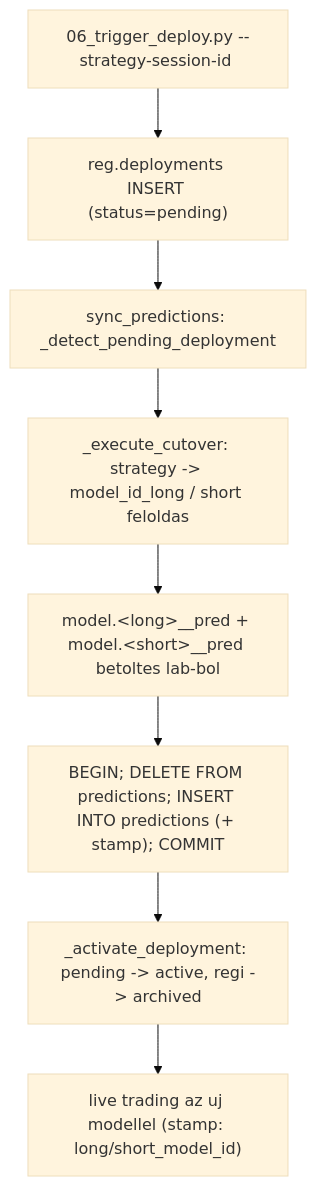
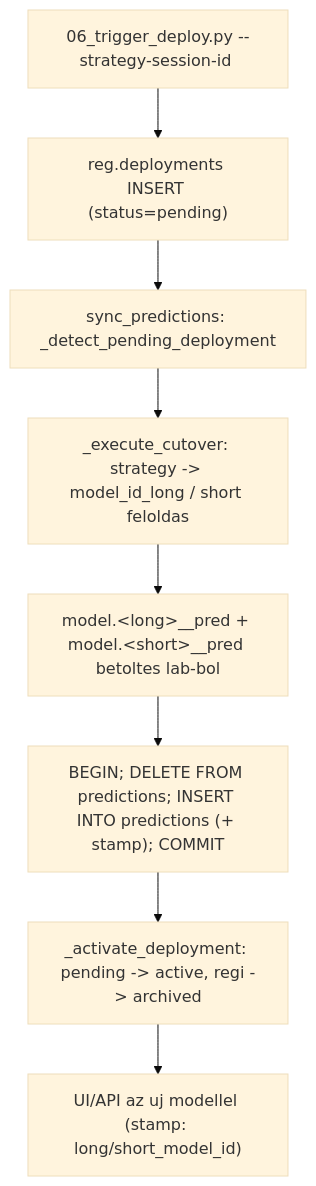
The ninth of 10 diagrams in _doc_/database_and_code_doc/0004_model_lifecycle.md (Nemesis14/chronoquant), drawn with Mermaid (base theme) before and after one commit. The commit also changed other lines of this file and 1008 other files, not shown here.

````diff
--- a/_doc_/database_and_code_doc/0004_model_lifecycle.md
+++ b/_doc_/database_and_code_doc/0004_model_lifecycle.md
@@ -235,13 +230,13 @@
 ```mermaid
 flowchart TD
   TRIGGER["06_trigger_deploy.py --strategy-session-id <session_id>"]
   PEND["reg.deployments INSERT (status=pending)"]
   DETECT["sync_predictions: _detect_pending_deployment"]
   CUT["_execute_cutover: strategy -> model_id_long / short feloldas"]
   LOAD["model.&lt;long&gt;__pred + model.&lt;short&gt;__pred betoltes lab-bol"]
   TX["BEGIN; DELETE FROM predictions; INSERT INTO predictions (+ stamp); COMMIT"]
   ACT["_activate_deployment: pending -> active, regi -> archived"]
-  LIVE_S["live trading az uj modellel (stamp: long/short_model_id)"]
+  LIVE_S["UI/API az uj modellel (stamp: long/short_model_id)"]
 
   TRIGGER --> PEND --> DETECT --> CUT --> LOAD --> TX --> ACT --> LIVE_S
 ```
````
